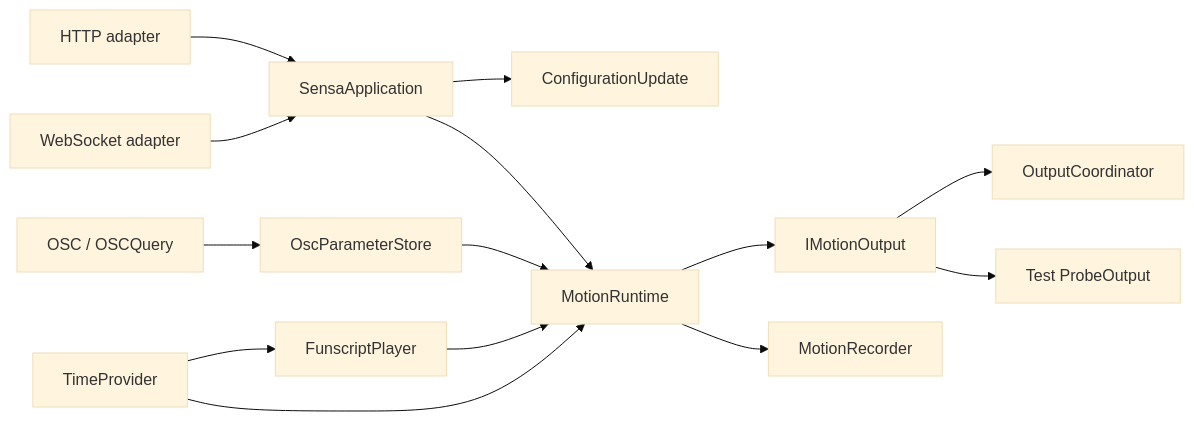
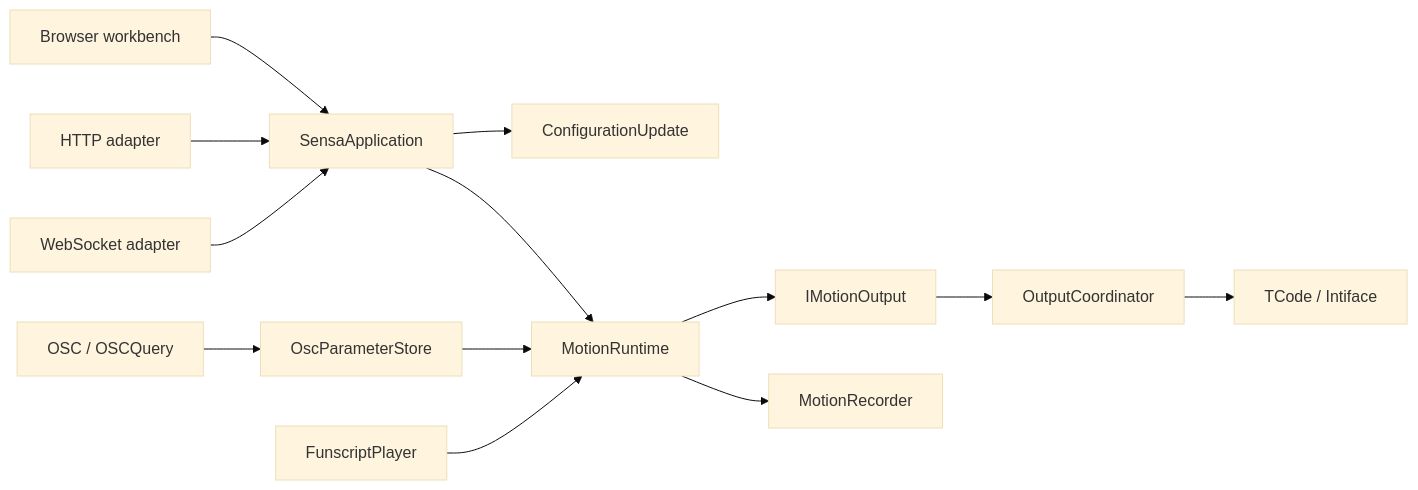
The diagram in docs/architecture.en.md (SeaLoong/Sensa), drawn with Mermaid (base theme) before and after one commit. The commit also changed other lines of this file and 147 other files, not shown here.

````diff
--- a/docs/architecture.en.md
+++ b/docs/architecture.en.md
@@ -9,16 +9,15 @@
 ```mermaid
 flowchart LR
-    HTTP[HTTP adapter] --> A[SensaApplication]
+    UI[Browser workbench] --> A[SensaApplication]
+    HTTP[HTTP adapter] --> A
     WS[WebSocket adapter] --> A
     A --> C[ConfigurationUpdate]
     A --> M[MotionRuntime]
     OSC[OSC / OSCQuery] --> S[OscParameterStore]
     S --> M
     P[FunscriptPlayer] --> M
-    T[TimeProvider] --> M
-    T --> P
     M --> O[IMotionOutput]
     O --> R[OutputCoordinator]
-    O --> F[Test ProbeOutput]
+    R --> T[TCode / Intiface]
     M --> REC[MotionRecorder]
 ```
````
